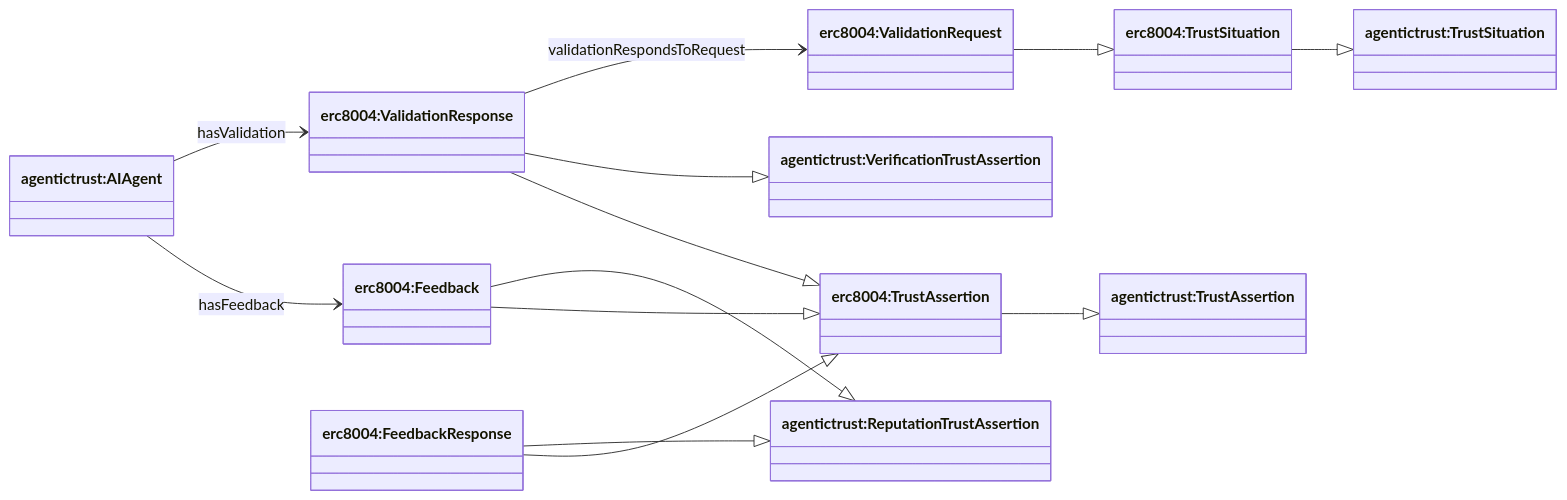
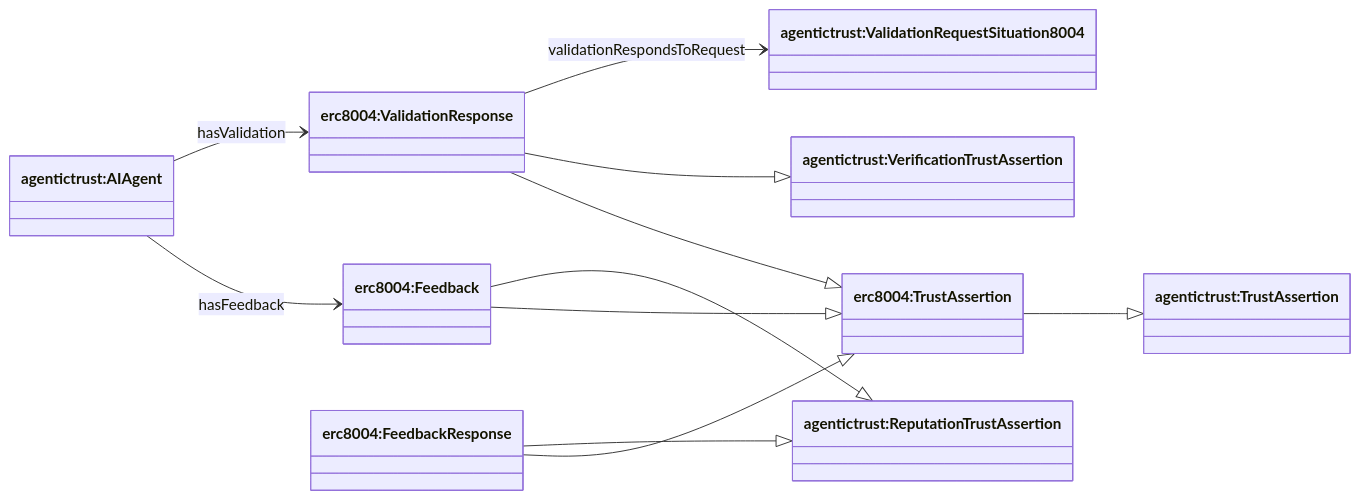
The second of 3 diagrams in docs/ontology/erc8004.md (Agentic-Trust-Layer/agent-explorer), drawn with Mermaid before and after one commit. The commit also changed other lines of this file and 16 other files, not shown here.

Commit message:
update with trust situation and trust assertion

````diff
--- a/docs/ontology/erc8004.md
+++ b/docs/ontology/erc8004.md
@@ -60,34 +60,30 @@
 ```mermaid
 classDiagram
 direction LR
 
-class TrustSituation["agentictrust:TrustSituation"]
 class TrustAssertion["agentictrust:TrustAssertion"]
 class VerificationAssertion["agentictrust:VerificationTrustAssertion"]
 class ReputationAssertion["agentictrust:ReputationTrustAssertion"]
 class AIAgent["agentictrust:AIAgent"]
 
-class ErcTrustSituation["erc8004:TrustSituation"]
 class ErcTrustAssertion["erc8004:TrustAssertion"]
-class ValidationRequest["erc8004:ValidationRequest"]
+class ValidationRequest["agentictrust:ValidationRequestSituation8004"]
 class ValidationResponse["erc8004:ValidationResponse"]
 class Feedback["erc8004:Feedback"]
 class FeedbackResponse["erc8004:FeedbackResponse"]
 
-ErcTrustSituation --|> TrustSituation
 ErcTrustAssertion --|> TrustAssertion
 
-ValidationRequest --|> ErcTrustSituation
 ValidationResponse --|> ErcTrustAssertion
 ValidationResponse --|> VerificationAssertion
 
 Feedback --|> ErcTrustAssertion
 Feedback --|> ReputationAssertion
 FeedbackResponse --|> ErcTrustAssertion
 FeedbackResponse --|> ReputationAssertion
 
 AIAgent --> Feedback : hasFeedback
 AIAgent --> ValidationResponse : hasValidation
 
 ValidationResponse --> ValidationRequest : validationRespondsToRequest
 ```
````
